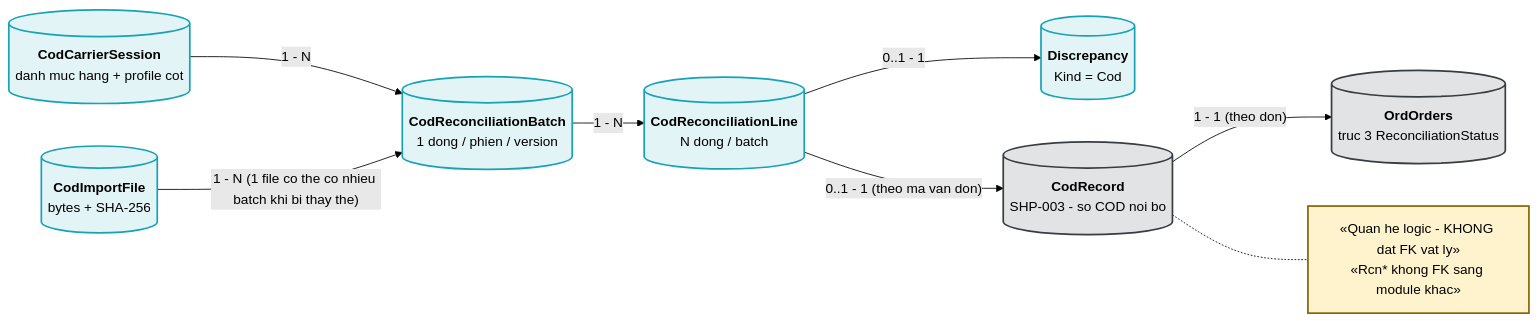
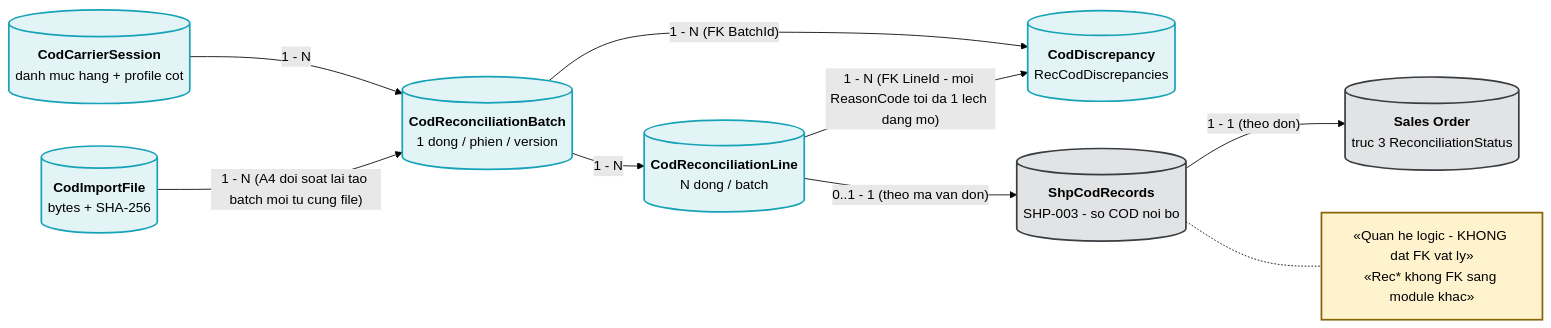
The fifth of 5 diagrams in docs/features/reconciliation/rec-003-doi-soat-cod-import-excel.md (hungnt9801/eCommerce), drawn with Mermaid (forest theme) before and after one commit. The commit also changed other lines of this file and 8 other files, not shown here.

````diff
--- a/docs/features/reconciliation/rec-003-doi-soat-cod-import-excel.md
+++ b/docs/features/reconciliation/rec-003-doi-soat-cod-import-excel.md
@@ -301,28 +305,29 @@
 ```mermaid
 graph LR
     classDef ent fill:#e2f4f6,stroke:#17a2b8,stroke-width:2px;
     classDef store fill:#e2e3e5,stroke:#383d41,stroke-width:2px;
     classDef ext fill:#fff3cd,stroke:#856404,stroke-width:2px;
 
     CARRIER[("<b>CodCarrierSession</b><br/>danh muc hang + profile cot")]
     FILE[("<b>CodImportFile</b><br/>bytes + SHA-256")]
     BATCH[("<b>CodReconciliationBatch</b><br/>1 dong / phien / version")]
     LINE[("<b>CodReconciliationLine</b><br/>N dong / batch")]
-    DISC[("<b>Discrepancy</b><br/>Kind = Cod")]
-    ORDER[("<b>OrdOrders</b><br/>truc 3 ReconciliationStatus")]
-    COD[("<b>CodRecord</b><br/>SHP-003 - so COD noi bo")]
+    DISC[("<b>CodDiscrepancy</b><br/>RecCodDiscrepancies")]
+    ORDER[("<b>Sales Order</b><br/>truc 3 ReconciliationStatus")]
+    COD[("<b>ShpCodRecords</b><br/>SHP-003 - so COD noi bo")]
 
     class CARRIER,FILE,BATCH,LINE,DISC ent;
     class ORDER,COD store;
 
     CARRIER -- "1 - N" --> BATCH
-    FILE -- "1 - N (1 file co the co nhieu batch khi bi thay the)" --> BATCH
+    FILE -- "1 - N (A4 doi soat lai tao batch moi tu cung file)" --> BATCH
     BATCH -- "1 - N" --> LINE
-    LINE -- "0..1 - 1" --> DISC
+    BATCH -- "1 - N (FK BatchId)" --> DISC
+    LINE -- "1 - N (FK LineId - moi ReasonCode toi da 1 lech dang mo)" --> DISC
     LINE -- "0..1 - 1 (theo ma van don)" --> COD
     COD -- "1 - 1 (theo don)" --> ORDER
 
-    NOTE["«Quan he logic - KHONG dat FK vat ly»<br/>«Rcn* khong FK sang module khac»"]
+    NOTE["«Quan he logic - KHONG dat FK vat ly»<br/>«Rec* khong FK sang module khac»"]
     class NOTE ext;
     COD -.- NOTE
 ```
````
